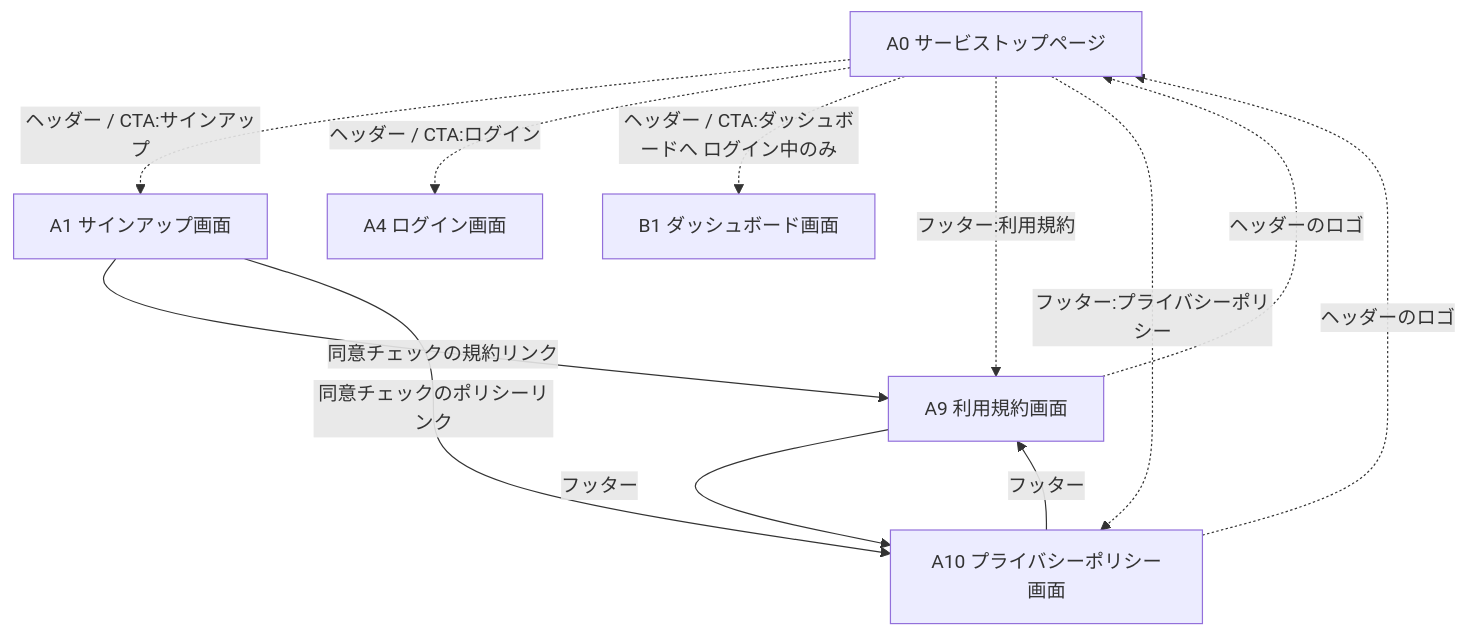
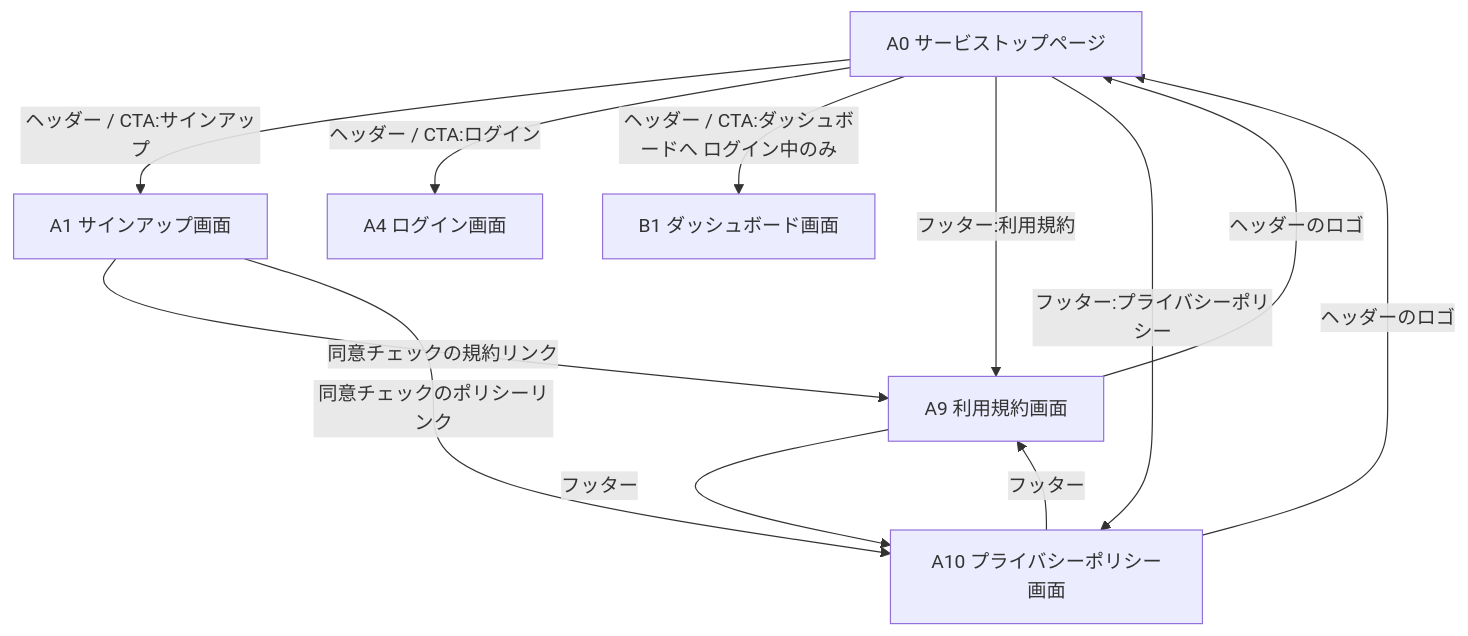
Before and after one commit to KunitoObara/FIRE_FIRE: the fourth of 4 diagrams in docs/screen-list-and-transitions.md, drawn with Mermaid. The commit also changed other lines of this file and 18 other files, not shown here.

````diff
--- a/docs/screen-list-and-transitions.md
+++ b/docs/screen-list-and-transitions.md
@@ -268,17 +268,17 @@
 ```mermaid
 flowchart TD
     Top[A0 サービストップページ]
-    Top -.->|ヘッダー / CTA:サインアップ| Signup[A1 サインアップ画面]
-    Top -.->|ヘッダー / CTA:ログイン| Login[A4 ログイン画面]
-    Top -.->|ヘッダー / CTA:ダッシュボードへ ログイン中のみ| Dashboard[B1 ダッシュボード画面]
-    Top -.->|フッター:利用規約| Terms[A9 利用規約画面]
-    Top -.->|フッター:プライバシーポリシー| Privacy[A10 プライバシーポリシー画面]
+    Top -->|ヘッダー / CTA:サインアップ| Signup[A1 サインアップ画面]
+    Top -->|ヘッダー / CTA:ログイン| Login[A4 ログイン画面]
+    Top -->|ヘッダー / CTA:ダッシュボードへ ログイン中のみ| Dashboard[B1 ダッシュボード画面]
+    Top -->|フッター:利用規約| Terms[A9 利用規約画面]
+    Top -->|フッター:プライバシーポリシー| Privacy[A10 プライバシーポリシー画面]
 
-    Terms -.->|ヘッダーのロゴ| Top
-    Privacy -.->|ヘッダーのロゴ| Top
+    Terms -->|ヘッダーのロゴ| Top
+    Privacy -->|ヘッダーのロゴ| Top
     Terms -->|フッター| Privacy
     Privacy -->|フッター| Terms
 
     Signup -->|同意チェックの規約リンク| Terms
     Signup -->|同意チェックのポリシーリンク| Privacy
 ```
````
